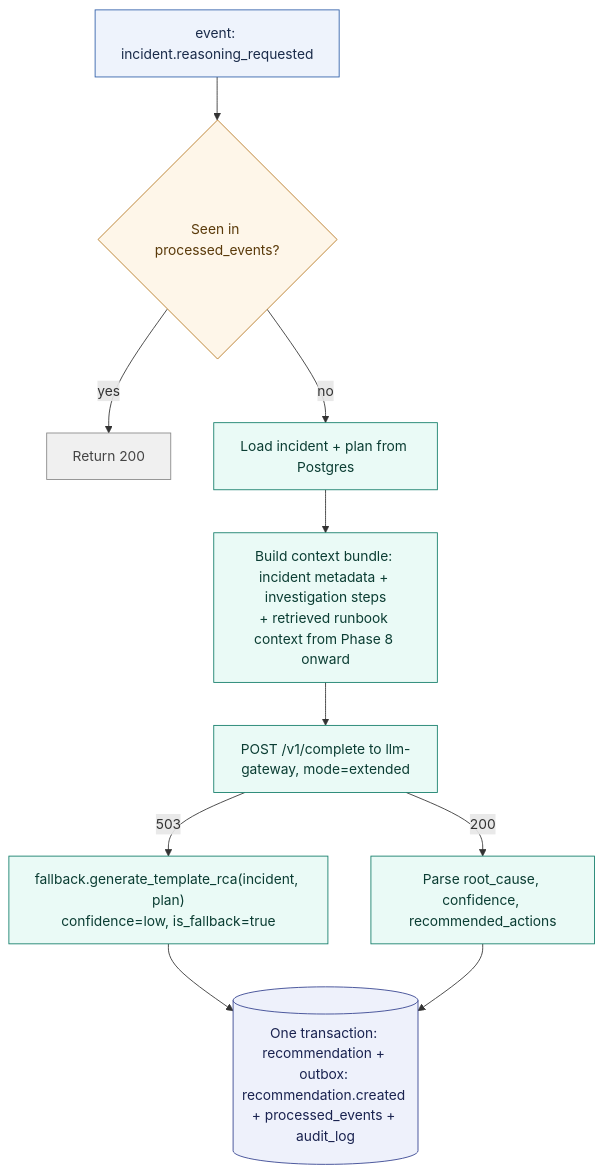
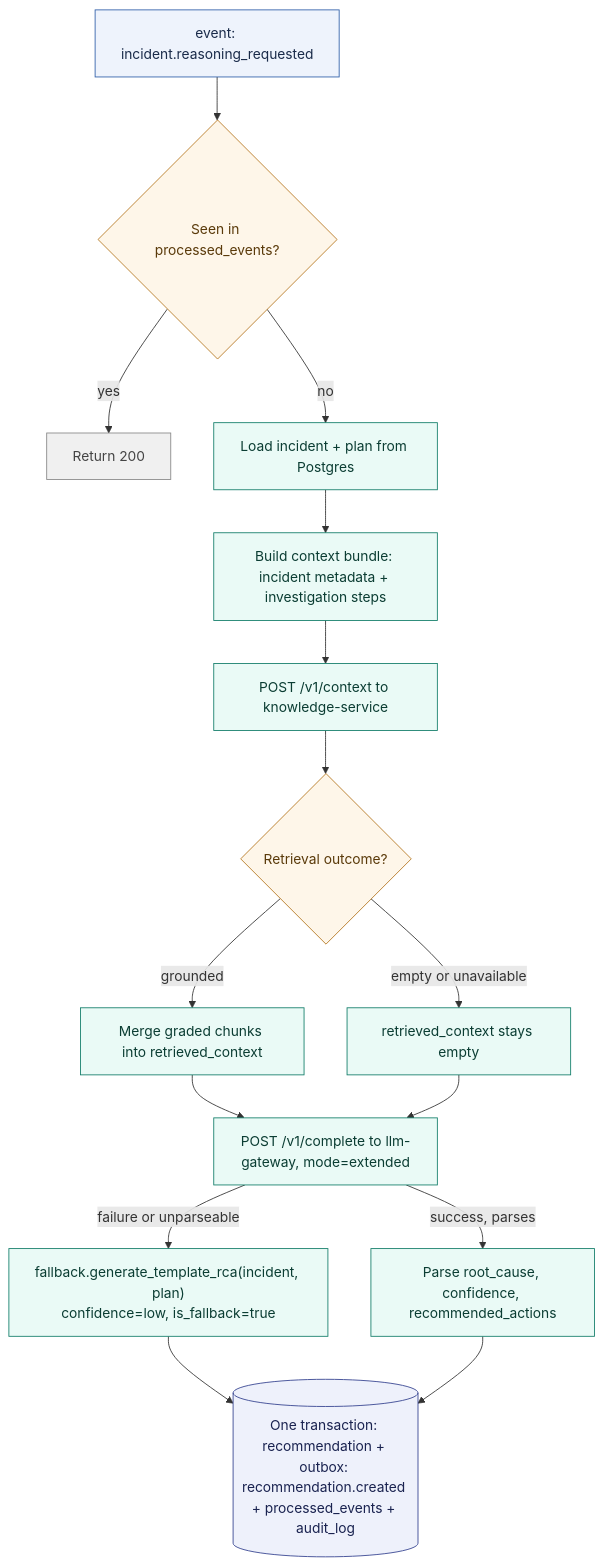
Before and after one commit to k-kohli10/radar-system: the fourth of 4 diagrams in docs/architecture/agent-pipeline.md, drawn with Mermaid. The commit also changed other lines of this file and 3 other files, not shown here.

Commit message:
fix(docs): correct architecture diagrams, drop internal phase refs, fix pipeline accuracy and a render-breaking note

````diff
--- a/docs/architecture/agent-pipeline.md
+++ b/docs/architecture/agent-pipeline.md
@@ -134,24 +137,29 @@
 ```mermaid
 flowchart TD
     A[event: incident.reasoning_requested] --> B{Seen in processed_events?}
     B -- yes --> R200[Return 200]
     B -- no --> C[Load incident + plan from Postgres]
-    C --> D[Build context bundle: incident metadata + investigation steps<br/>+ retrieved runbook context from Phase 8 onward]
-    D --> E["POST /v1/complete to llm-gateway, mode=extended"]
-    E -- 503 --> F["fallback.generate_template_rca(incident, plan)<br/>confidence=low, is_fallback=true"]
-    E -- 200 --> G[Parse root_cause, confidence, recommended_actions]
+    C --> D[Build context bundle: incident metadata + investigation steps]
+    D --> D2["POST /v1/context to knowledge-service"]
+    D2 --> D3{Retrieval outcome?}
+    D3 -- grounded --> D4[Merge graded chunks into retrieved_context]
+    D3 -- empty or unavailable --> D5[retrieved_context stays empty]
+    D4 --> E["POST /v1/complete to llm-gateway, mode=extended"]
+    D5 --> E
+    E -- success, parses --> G[Parse root_cause, confidence, recommended_actions]
+    E -- failure or unparseable --> F["fallback.generate_template_rca(incident, plan)<br/>confidence=low, is_fallback=true"]
     F --> H[(One transaction: recommendation + outbox: recommendation.created + processed_events + audit_log)]
     G --> H
 
     classDef event fill:#eef3fc,stroke:#2f5fa8,color:#1a2b4a;
     classDef decision fill:#fef6e9,stroke:#b5761f,color:#5a3a0a;
     classDef action fill:#eafaf6,stroke:#127d69,color:#0b3d33;
     classDef terminal fill:#f0f0f0,stroke:#888888,color:#444444;
     classDef commit fill:#eef1fb,stroke:#33418f,color:#1a2350;
 
     class A event
-    class B decision
-    class C,D,E,F,G action
+    class B,D3 decision
+    class C,D,D2,D4,D5,E,F,G action
     class R200 terminal
     class H commit
 ```
````
